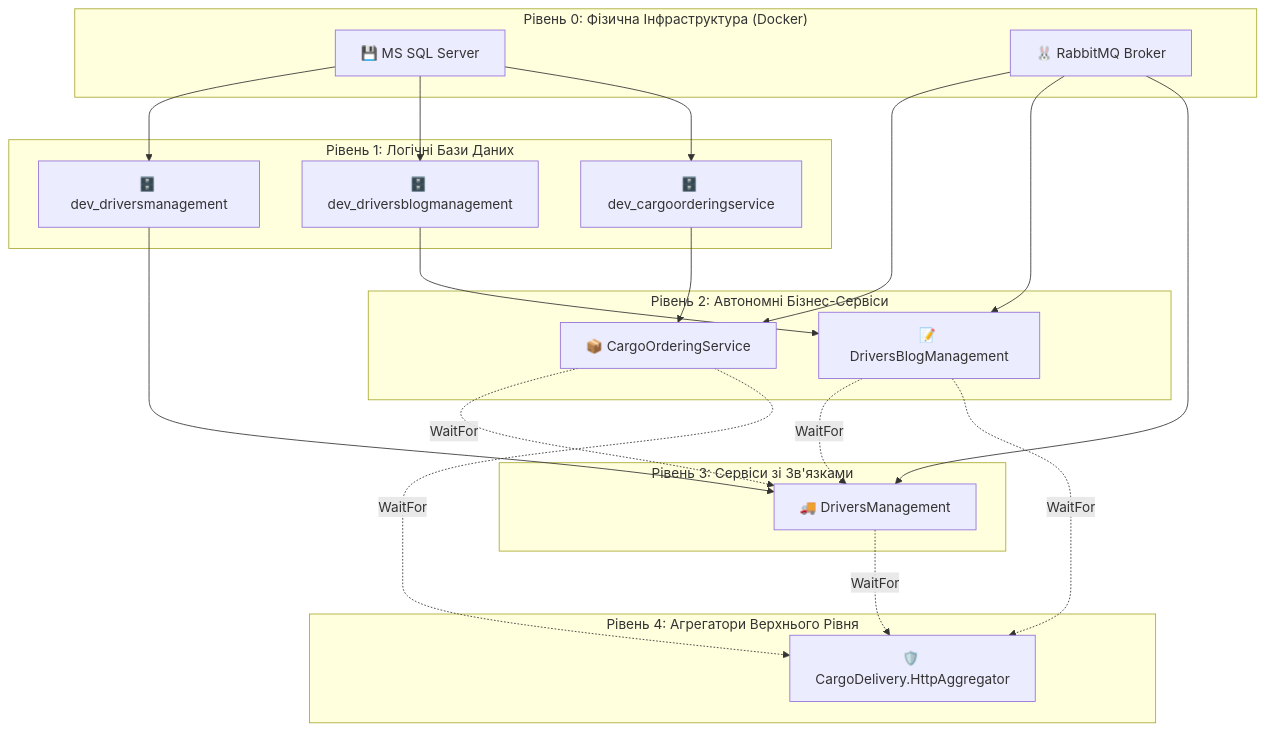
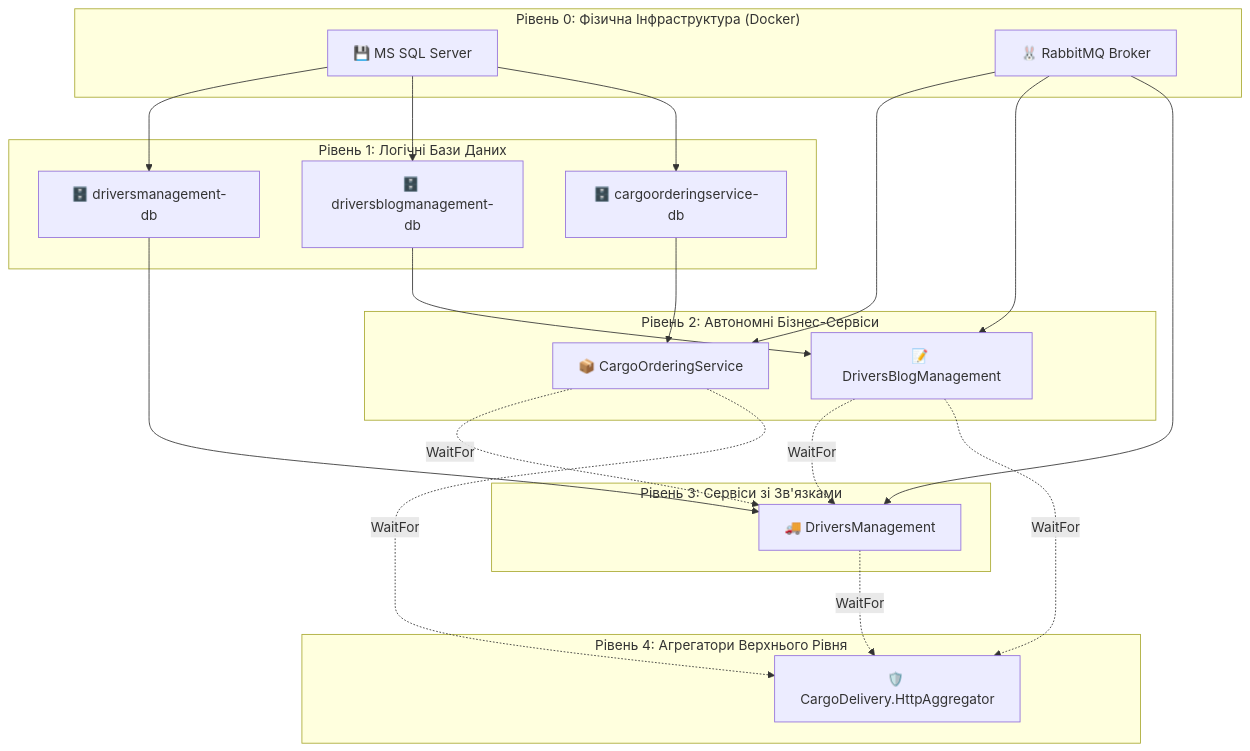
One commit to MrTomkaYurii/Demo-CargoDeliveryService changed the third of 4 diagrams in 02-Microservices-Craftsman/02-01-Aspire-Documentation/01_Aspire_Orchestration_AppHost_DeepDive.md. Above: the diagram before and after it, drawn with Mermaid. The commit also changed other lines of this file and 227 other files, not shown here.

````diff
--- a/02-Microservices-Craftsman/02-01-Aspire-Documentation/01_Aspire_Orchestration_AppHost_DeepDive.md
+++ b/02-Microservices-Craftsman/02-01-Aspire-Documentation/01_Aspire_Orchestration_AppHost_DeepDive.md
@@ -271,41 +314,41 @@
 ```mermaid
 graph TD
     subgraph Layer0 ["Рівень 0: Фізична Інфраструктура (Docker)"]
         SQL["💾 MS SQL Server"]
         RMQ["🐰 RabbitMQ Broker"]
     end
 
     subgraph Layer1 ["Рівень 1: Логічні Бази Даних"]
-        DB1["🗄️ dev_driversmanagement"]
-        DB2["🗄️ dev_driversblogmanagement"]
-        DB3["🗄️ dev_cargoorderingservice"]
+        DB1["🗄️ driversmanagement-db"]
+        DB2["🗄️ driversblogmanagement-db"]
+        DB3["🗄️ cargoorderingservice-db"]
     end
 
     subgraph Layer2 ["Рівень 2: Автономні Бізнес-Сервіси"]
         CO["📦 CargoOrderingService"]
         DB["📝 DriversBlogManagement"]
     end
 
     subgraph Layer3 ["Рівень 3: Сервіси зі Зв'язками"]
         DM["🚚 DriversManagement"]
     end
 
     subgraph Layer4 ["Рівень 4: Агрегатори Верхнього Рівня"]
         AGG["🛡️ CargoDelivery.HttpAggregator"]
     end
 
     SQL --> DB1 & DB2 & DB3
     DB3 --> CO
     RMQ --> CO
     DB2 --> DB
     RMQ --> DB
 
     DB1 --> DM
     RMQ --> DM
     CO -.->|WaitFor| DM
     DB -.->|WaitFor| DM
 
     DM -.->|WaitFor| AGG
     CO -.->|WaitFor| AGG
     DB -.->|WaitFor| AGG
 ```
````
